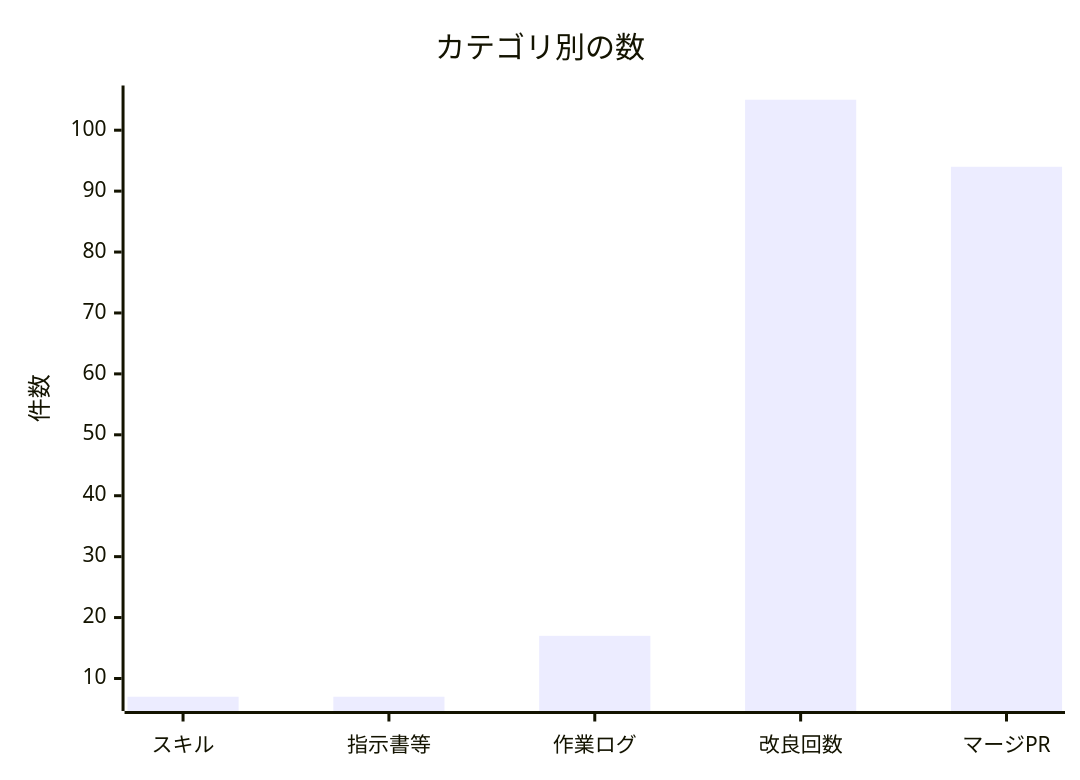
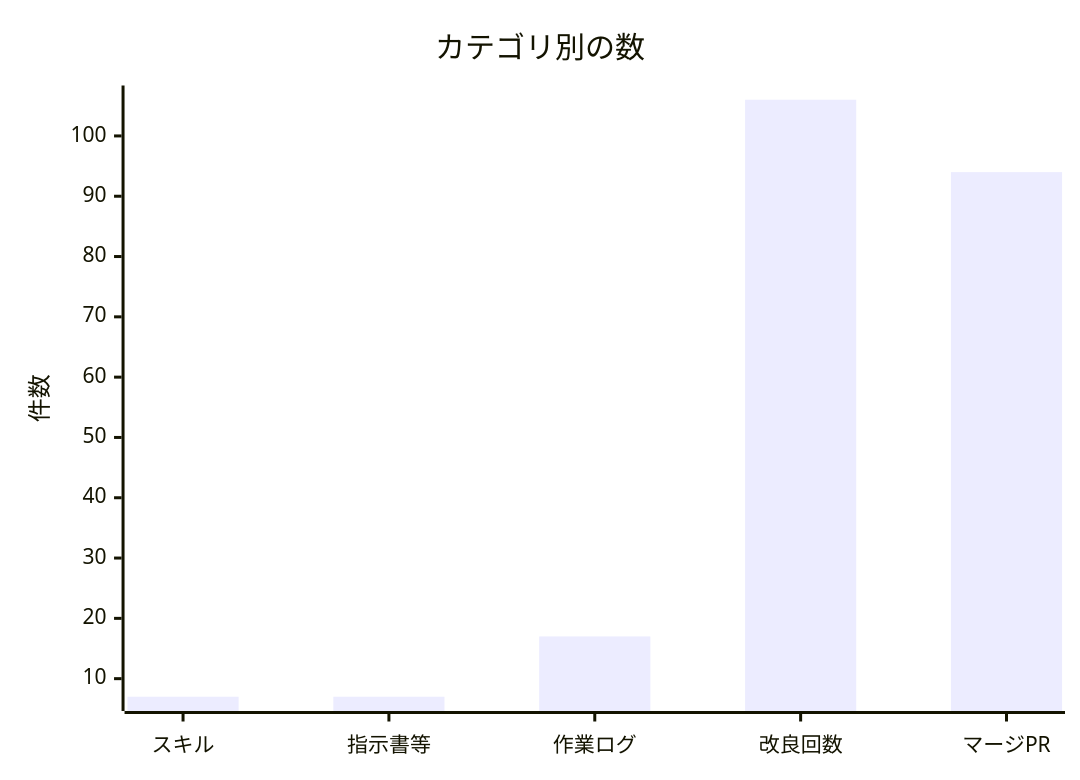
The second of 2 diagrams in docs/進化レポート.md (non-x2/non-x2), drawn with Mermaid before and after one commit. The commit also changed other lines of this file and 1 other file, not shown here.

````diff
--- a/docs/進化レポート.md
+++ b/docs/進化レポート.md
@@ -33,7 +33,7 @@
 ```mermaid
 xychart-beta
     title "カテゴリ別の数"
     x-axis ["スキル", "指示書等", "作業ログ", "改良回数", "マージPR"]
     y-axis "件数"
-    bar [7, 7, 17, 105, 94]
+    bar [7, 7, 17, 106, 94]
 ```
````
